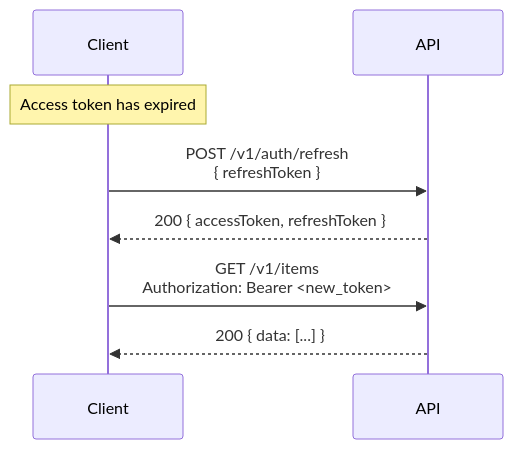
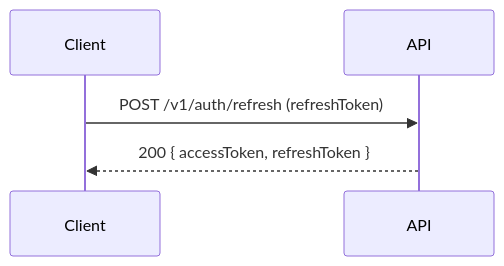
Before and after one commit to dataGriff/pet.insurance.domain.app.v1: the sixth of 6 diagrams in docs/specifications/sequence-diagrams.md, drawn with Mermaid. The commit also changed other lines of this file and 22 other files, not shown here.

````diff
--- a/docs/specifications/sequence-diagrams.md
+++ b/docs/specifications/sequence-diagrams.md
@@ -70,13 +95,8 @@
 ```mermaid
 sequenceDiagram
     participant Client
     participant API
 
-    Note over Client: Access token has expired
-
-    Client->>API: POST /v1/auth/refresh<br/>{ refreshToken }
+    Client->>API: POST /v1/auth/refresh (refreshToken)
     API-->>Client: 200 { accessToken, refreshToken }
-
-    Client->>API: GET /v1/items<br/>Authorization: Bearer <new_token>
-    API-->>Client: 200 { data: [...] }
 ```
````
